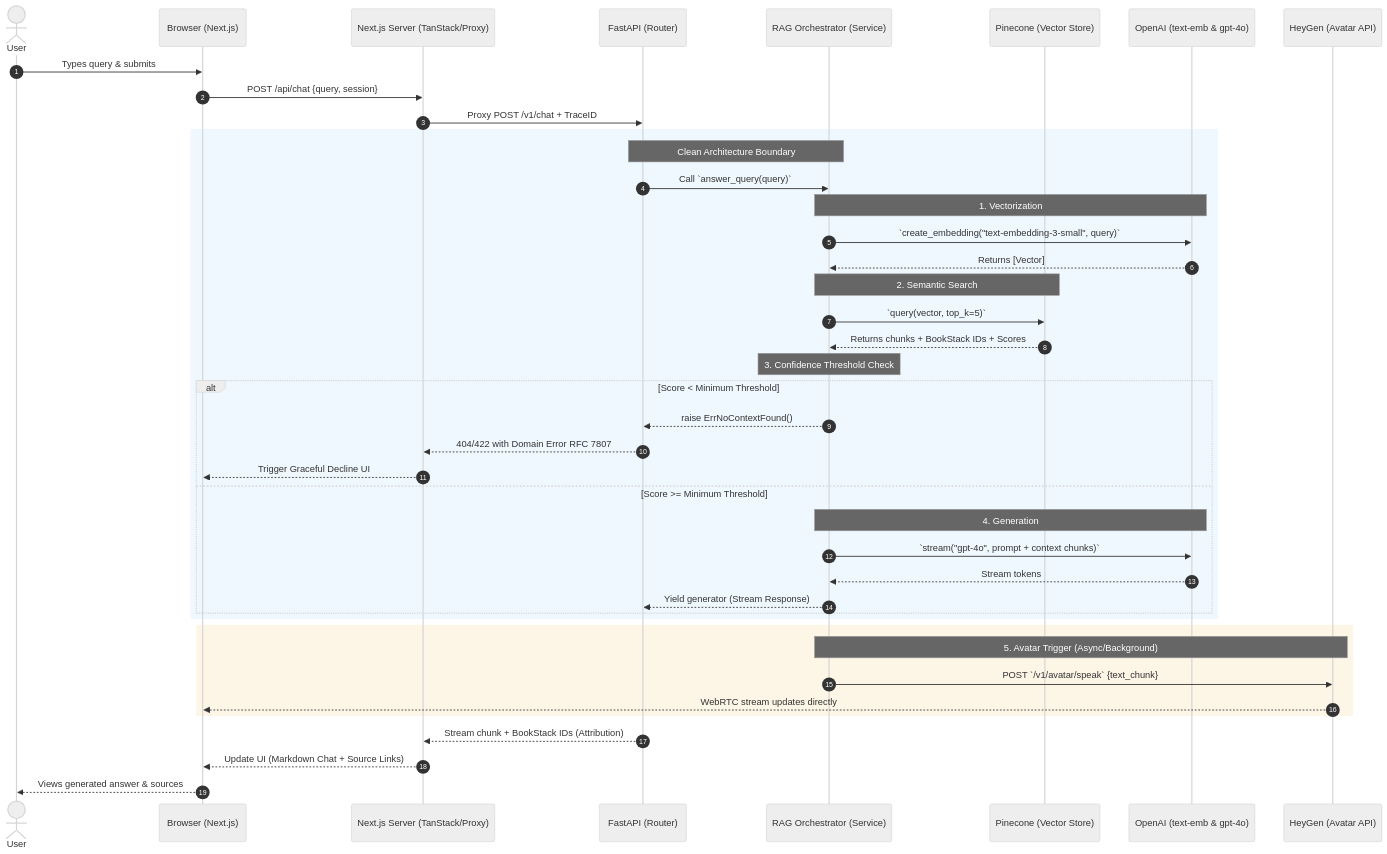
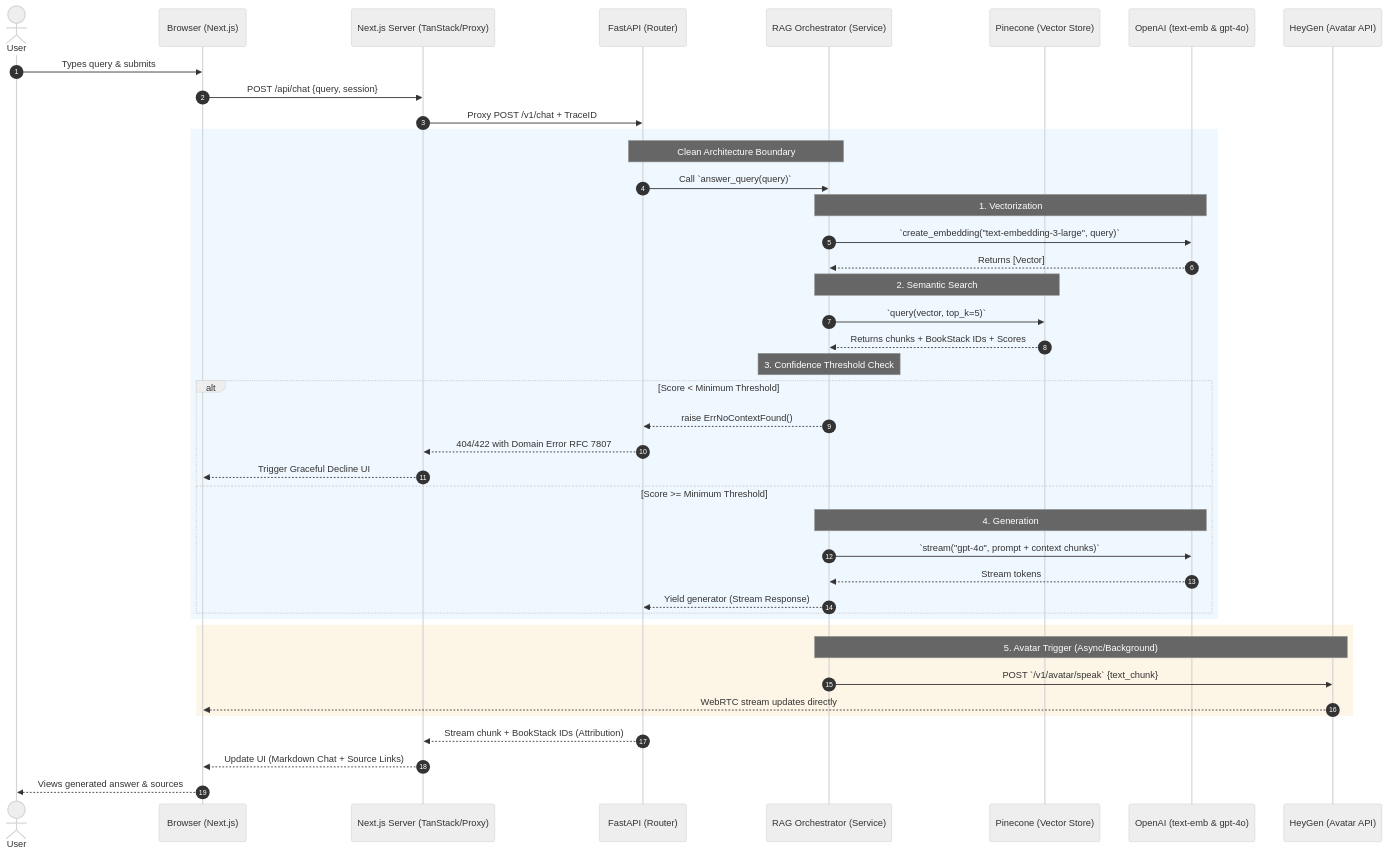
Before and after one commit to AbhayKauts21/Vanguard: the diagram in docs/designs/data_flow_sequence.mmd, drawn with Mermaid (neutral theme). The commit also changed 43 other files, not shown here.

```diff
--- a/docs/designs/data_flow_sequence.mmd
+++ b/docs/designs/data_flow_sequence.mmd
@@ -1,51 +1,51 @@
 sequenceDiagram
     autonumber
     
     actor User
     participant Browser as Browser (Next.js)
     participant NextCache as Next.js Server (TanStack/Proxy)
     participant APIGateway as FastAPI (Router)
     participant RAGSvc as RAG Orchestrator (Service)
     participant VDB as Pinecone (Vector Store)
     participant LLM as OpenAI (text-emb & gpt-4o)
     participant Avatar as HeyGen (Avatar API)
 
     User->>Browser: Types query & submits
     Browser->>NextCache: POST /api/chat {query, session}
     NextCache->>APIGateway: Proxy POST /v1/chat + TraceID
     
     rect rgb(240, 248, 255)
         Note over APIGateway, RAGSvc: Clean Architecture Boundary
         APIGateway->>RAGSvc: Call `answer_query(query)`
         
         Note over RAGSvc, LLM: 1. Vectorization
-        RAGSvc->>LLM: `create_embedding("text-embedding-3-small", query)`
+        RAGSvc->>LLM: `create_embedding("text-embedding-3-large", query)`
         LLM-->>RAGSvc: Returns [Vector]
         
         Note over RAGSvc, VDB: 2. Semantic Search
         RAGSvc->>VDB: `query(vector, top_k=5)`
         VDB-->>RAGSvc: Returns chunks + BookStack IDs + Scores
         
         Note over RAGSvc: 3. Confidence Threshold Check
         alt Score < Minimum Threshold
             RAGSvc-->>APIGateway: raise ErrNoContextFound()
             APIGateway-->>NextCache: 404/422 with Domain Error RFC 7807
             NextCache-->>Browser: Trigger Graceful Decline UI
         else Score >= Minimum Threshold
             Note over RAGSvc, LLM: 4. Generation
             RAGSvc->>LLM: `stream("gpt-4o", prompt + context chunks)`
             LLM-->>RAGSvc: Stream tokens
             RAGSvc-->>APIGateway: Yield generator (Stream Response)
         end
     end
     
     rect rgb(253, 245, 230)
         Note over RAGSvc, Avatar: 5. Avatar Trigger (Async/Background)
         %% Assuming Avatar is triggered post-LLM or via dual-stream 
         RAGSvc->>Avatar: POST `/v1/avatar/speak` {text_chunk}
         Avatar-->>Browser: WebRTC stream updates directly
     end
 
     APIGateway-->>NextCache: Stream chunk + BookStack IDs (Attribution)
     NextCache-->>Browser: Update UI (Markdown Chat + Source Links)
     Browser-->>User: Views generated answer & sources
```
